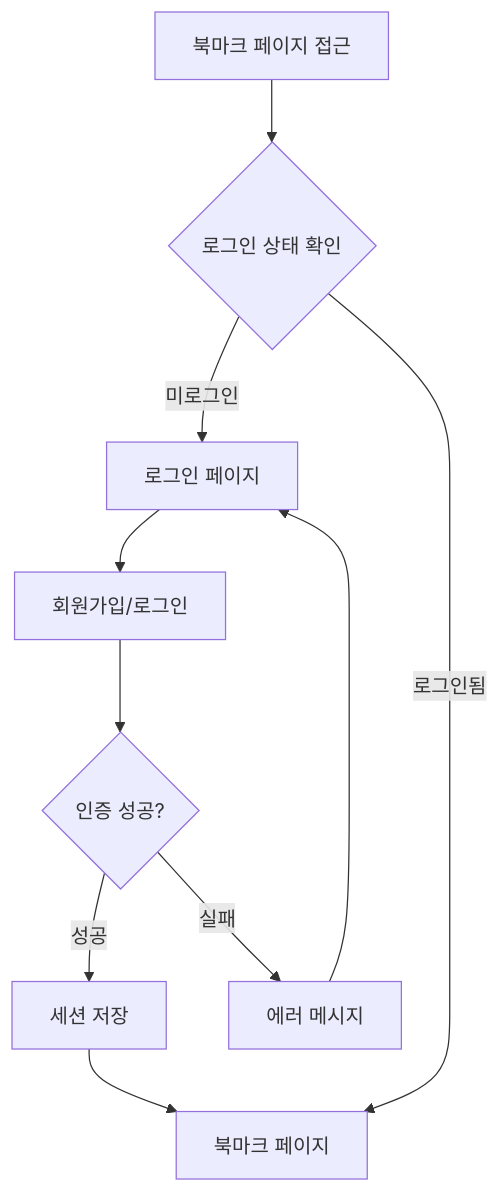
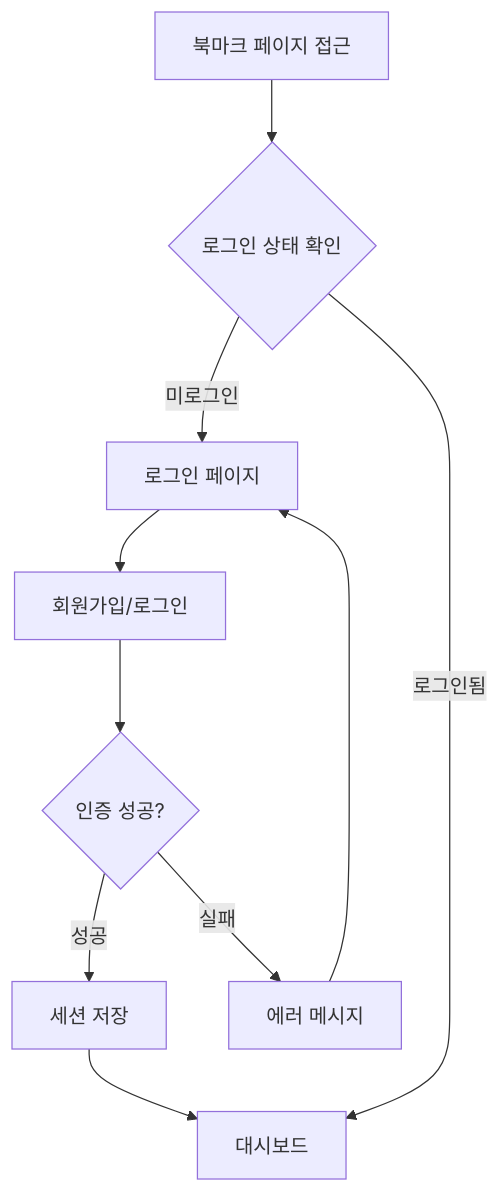
One commit to FRONTENDBOOTCAMP-13th/JS-10-Coding-Dreamtree-Training-Center changed the first of 4 diagrams in README.md. Above: the diagram before and after it, drawn with Mermaid. The commit also changed other lines of this file, not shown here.

````diff
--- a/README.md
+++ b/README.md
@@ -119,12 +119,12 @@
 ```mermaid
 graph TD
     A[북마크 페이지 접근] --> B{로그인 상태 확인}
     B -->|미로그인| C[로그인 페이지]
-    B -->|로그인됨| D[북마크 페이지]
+    B -->|로그인됨| D[대시보드]
     C --> E[회원가입/로그인]
     E --> F{인증 성공?}
     F -->|성공| G[세션 저장]
     F -->|실패| H[에러 메시지]
     G --> D
     H --> C
 ```
````
